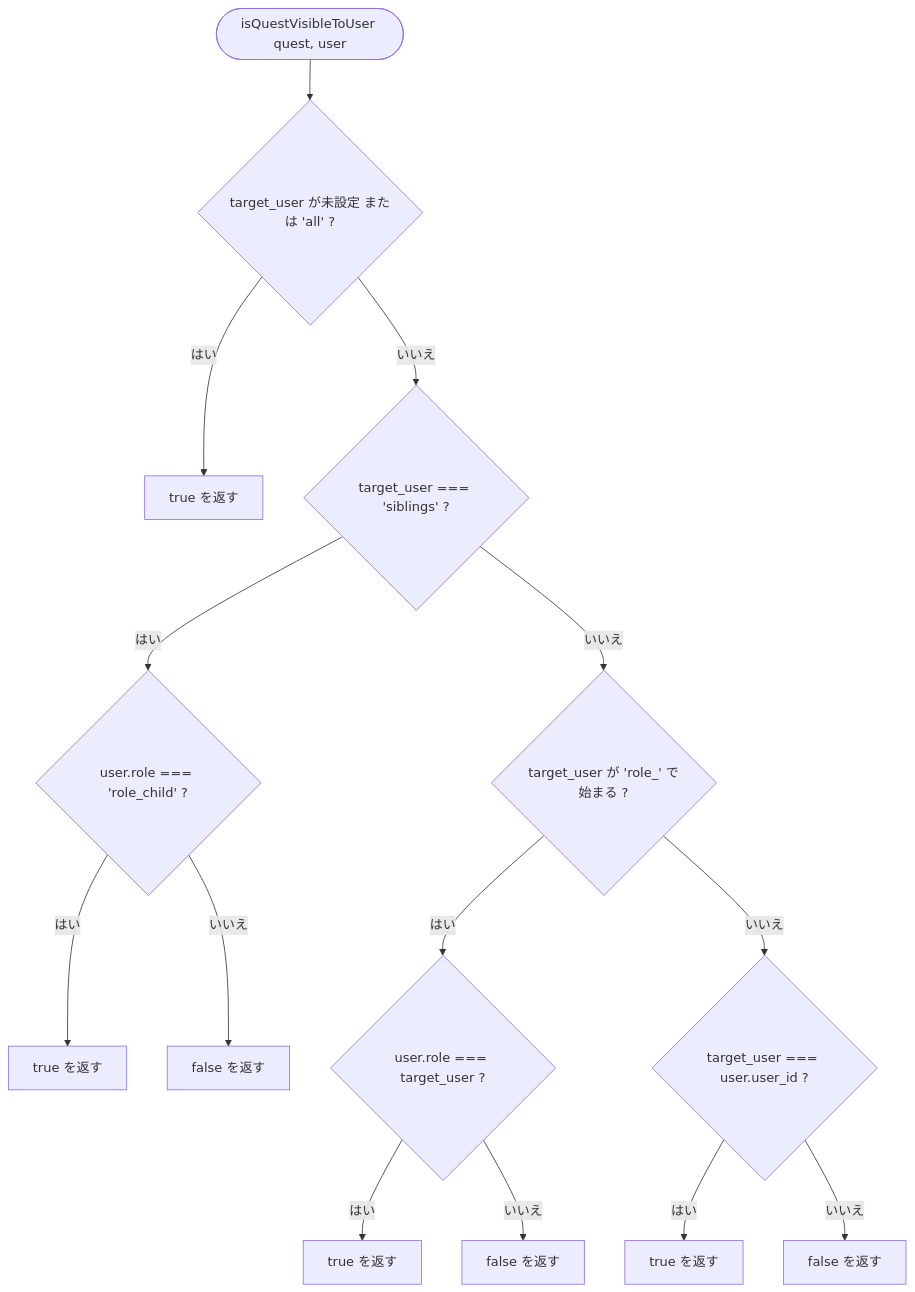
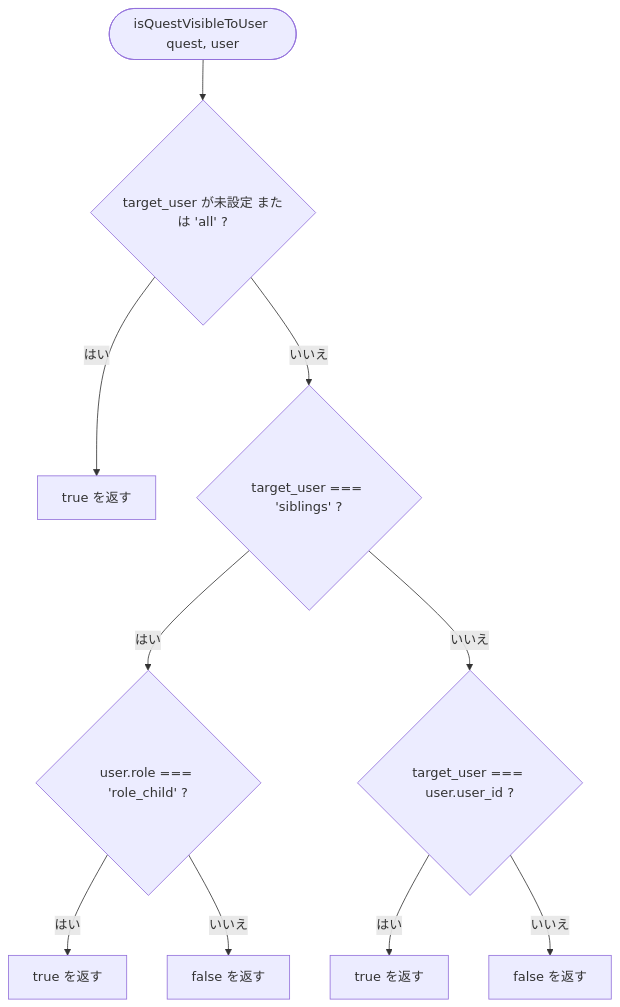
One commit to mmtigers/my_python_project changed the first of 2 diagrams in docs/specifications/family-quest/src/lib/questTargeting.md. Above: the diagram before and after it, drawn with Mermaid. The commit also changed other lines of this file and 27 other files, not shown here.

````diff
--- a/docs/specifications/family-quest/src/lib/questTargeting.md
+++ b/docs/specifications/family-quest/src/lib/questTargeting.md
@@ -48,16 +48,12 @@
 ```mermaid
 flowchart TD
     In([isQuestVisibleToUser quest, user]) --> HasTarget{"target_user が未設定 または 'all' ?"}
     HasTarget -- はい --> True1["true を返す"]
     HasTarget -- いいえ --> IsSiblings{"target_user === 'siblings' ?"}
     IsSiblings -- はい --> RoleChild{"user.role === 'role_child' ?"}
     RoleChild -- はい --> True2["true を返す"]
     RoleChild -- いいえ --> False1["false を返す"]
-    IsSiblings -- いいえ --> IsRolePrefixed{"target_user が 'role_' で始まる ?"}
-    IsRolePrefixed -- はい --> RoleMatch{"user.role === target_user ?"}
-    RoleMatch -- はい --> True3["true を返す"]
-    RoleMatch -- いいえ --> False2["false を返す"]
-    IsRolePrefixed -- いいえ --> UserMatch{"target_user === user.user_id ?"}
+    IsSiblings -- いいえ --> UserMatch{"target_user === user.user_id ?"}
     UserMatch -- はい --> True4["true を返す"]
     UserMatch -- いいえ --> False3["false を返す"]
 ```
````
